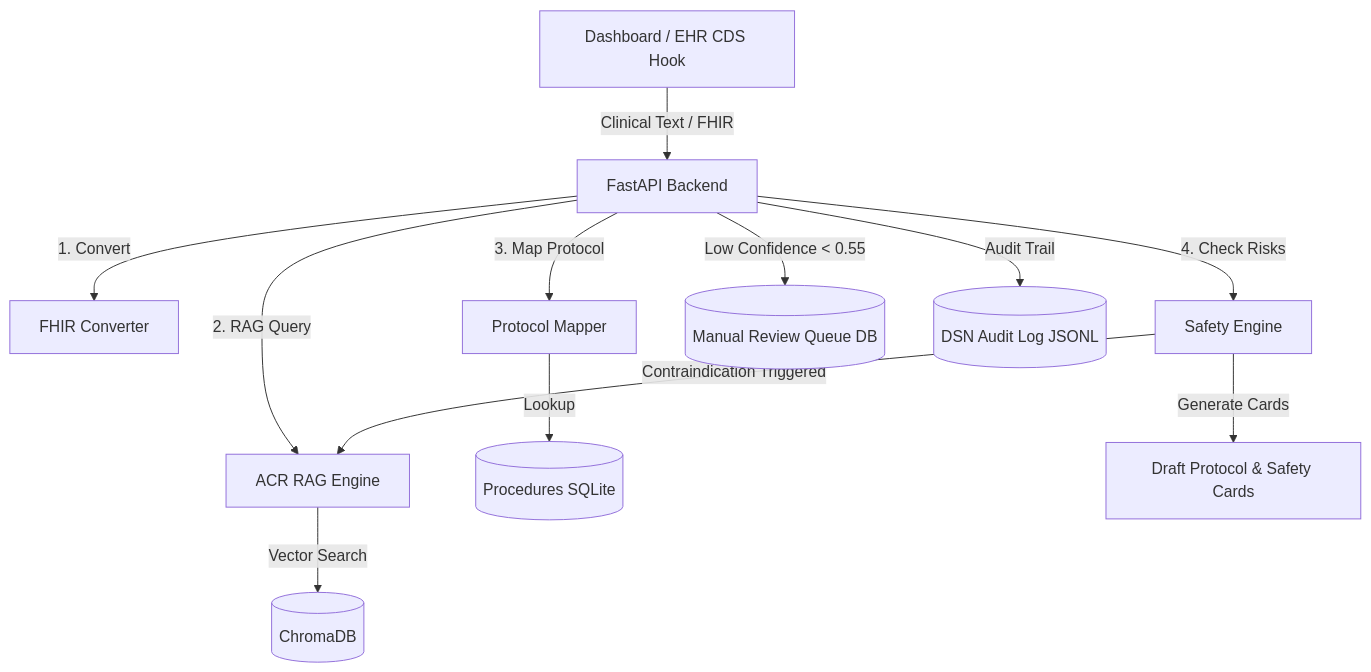
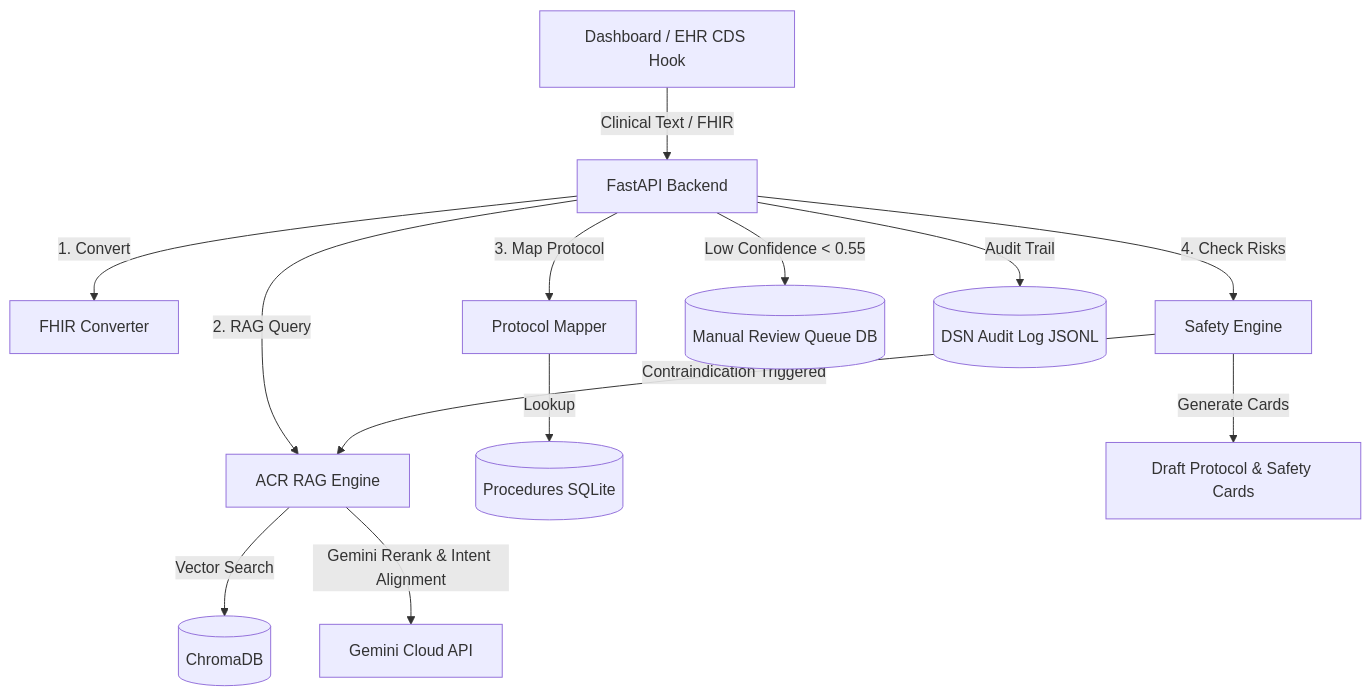
Before and after one commit to khongp/acr-ac-rag: the diagram in README.md, drawn with Mermaid. The commit also changed other lines of this file, not shown here.

Commit message:
docs: update README with comprehensive overview, file tree, system architecture, and local/cloud setups

````diff
--- a/README.md
+++ b/README.md
@@ -50,14 +30,15 @@
 ```mermaid
 graph TD
     Client[Dashboard / EHR CDS Hook] -->|Clinical Text / FHIR| API[FastAPI Backend]
     API -->|1. Convert| FHIR[FHIR Converter]
     API -->|2. RAG Query| RAG[ACR RAG Engine]
     RAG -->|Vector Search| Chroma[(ChromaDB)]
+    RAG -->|Gemini Rerank & Intent Alignment| Gemini[Gemini Cloud API]
     API -->|3. Map Protocol| Mapper[Protocol Mapper]
     Mapper -->|Lookup| SQLite[(Procedures SQLite)]
     API -->|4. Check Risks| Safety[Safety Engine]
     Safety -->|Contraindication Triggered| RAG
     Safety -->|Generate Cards| Output[Draft Protocol & Safety Cards]
     API -->|Low Confidence < 0.55| RQ[(Manual Review Queue DB)]
     API -->|Audit Trail| AL[(DSN Audit Log JSONL)]
 ```
````
